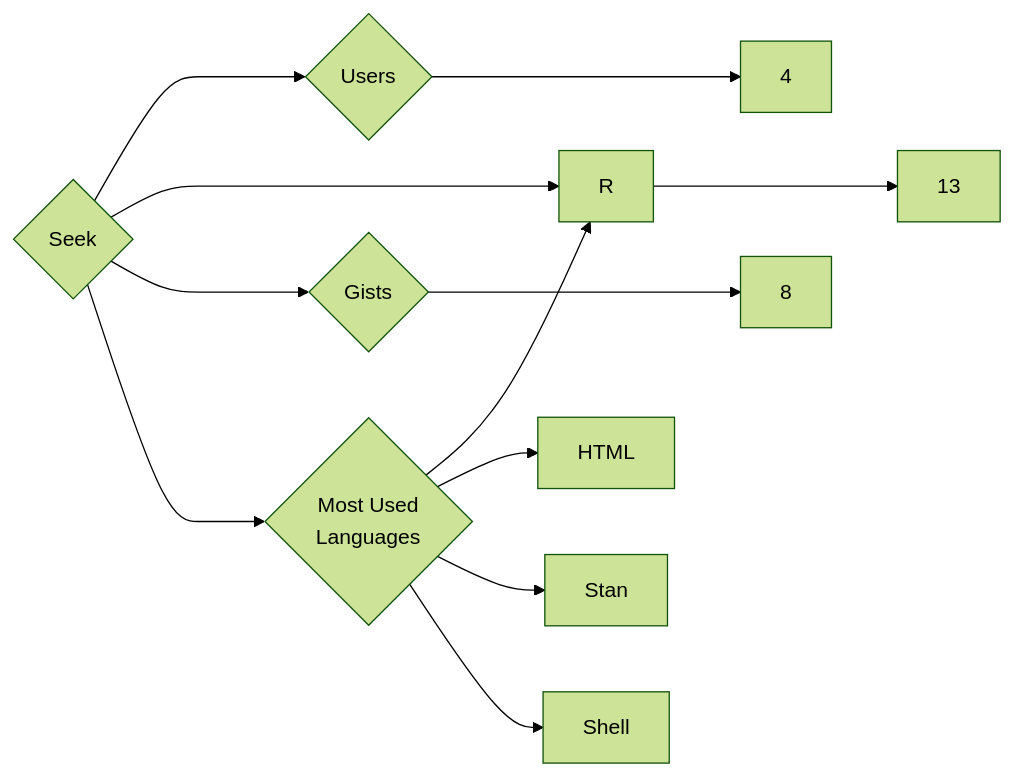
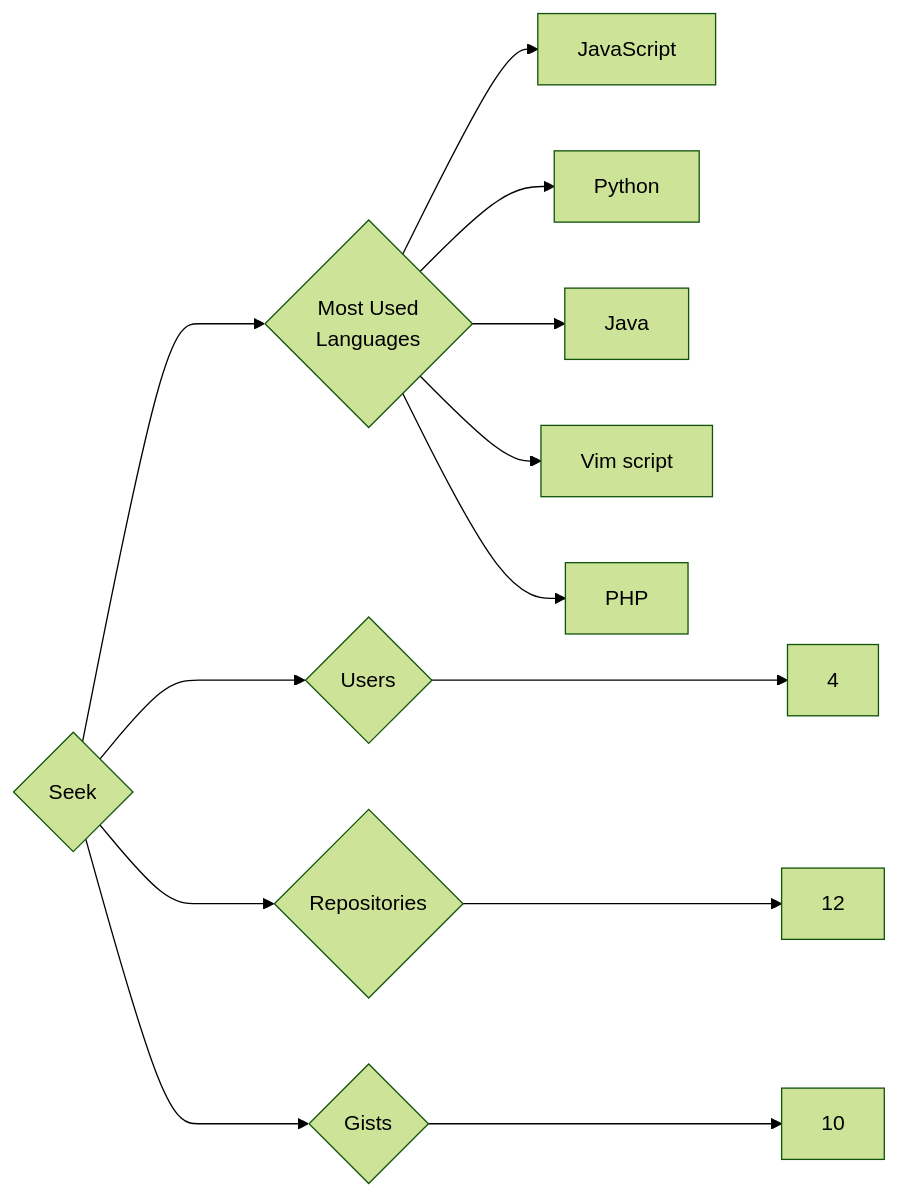
The diagram in targets/Seek/README.md (trickest/insiders), drawn with Mermaid (forest theme) before and after one commit. The commit also changed 964 other files, not shown here.

````diff
--- a/targets/Seek/README.md
+++ b/targets/Seek/README.md
@@ -3,12 +3,13 @@
 ```mermaid
 graph LR
 COMPANY_NAME{Seek}
 COMPANY_NAME ---> U{Users} ---> UN[4]
-COMPANY_NAME ---> R{Repositories} ---> RN[13]
-COMPANY_NAME ---> G{Gists} ---> GN[8]
+COMPANY_NAME ---> R{Repositories} ---> RN[12]
+COMPANY_NAME ---> G{Gists} ---> GN[10]
 COMPANY_NAME ---> ML{Most Used<br>Languages}
-ML --> R[R]
-ML --> HTML[HTML]
-ML --> Stan[Stan]
-ML --> Shell[Shell]
+ML --> JavaScript[JavaScript]
+ML --> Python[Python]
+ML --> Java[Java]
+ML --> Vim_script[Vim script]
+ML --> PHP[PHP]
 ```
````
